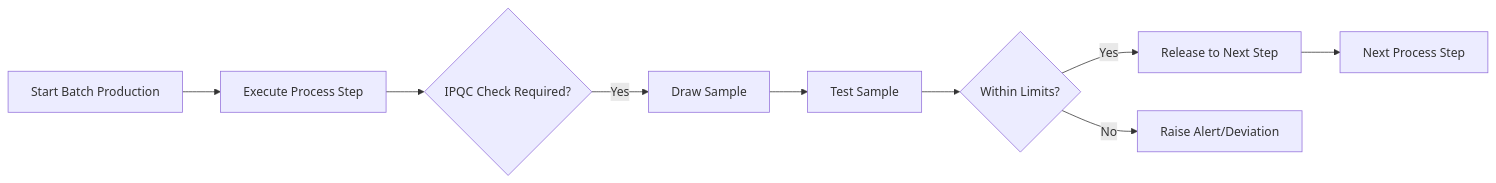
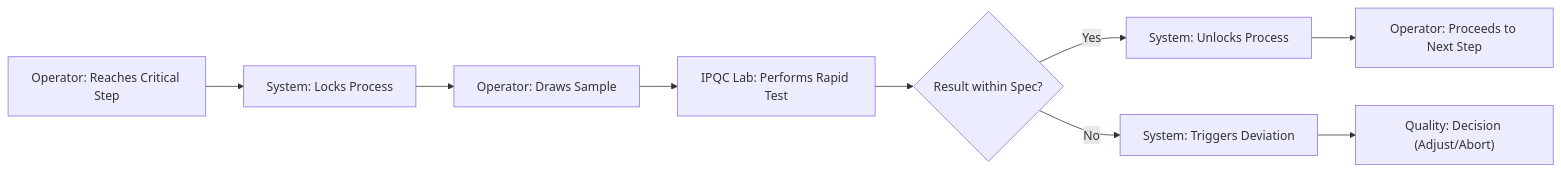
The first of 6 diagrams in README.md (HarshitaOberoi/QMS), drawn with Mermaid before and after one commit. The commit also changed other lines of this file, not shown here.

````diff
--- a/README.md
+++ b/README.md
@@ -17,11 +19,11 @@
 ```mermaid
 graph LR
-    A[Start Batch Production] --> B[Execute Process Step]
-    B --> C{IPQC Check Required?}
-    C -- Yes --> D[Draw Sample]
-    D --> E[Test Sample]
-    E --> F{Within Limits?}
-    F -- Yes --> G[Release to Next Step]
-    F -- No --> H[Raise Alert/Deviation]
-    G --> I[Next Process Step]
+    A["Operator: Reaches Critical Step"] --> B["System: Locks Process"]
+    B --> C["Operator: Draws Sample"]
+    C --> D["IPQC Lab: Performs Rapid Test"]
+    D --> E{"Result within Spec?"}
+    E -- Yes --> F["System: Unlocks Process"]
+    E -- No --> G["System: Triggers Deviation"]
+    F --> H["Operator: Proceeds to Next Step"]
+    G --> I["Quality: Decision (Adjust/Abort)"]
 ```
````
